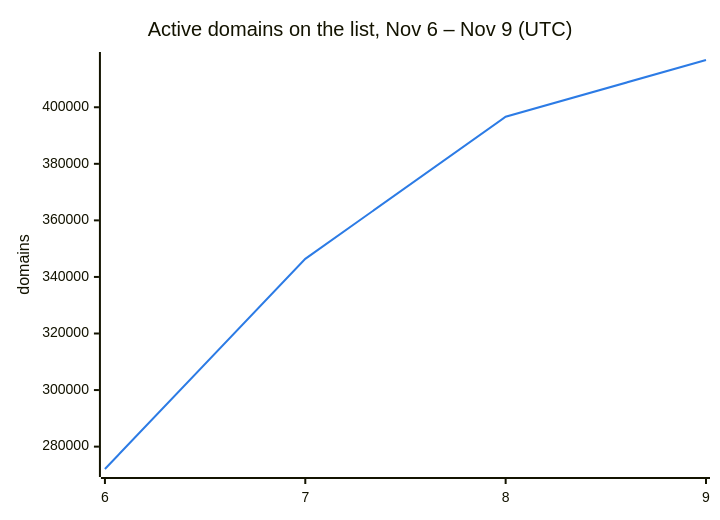
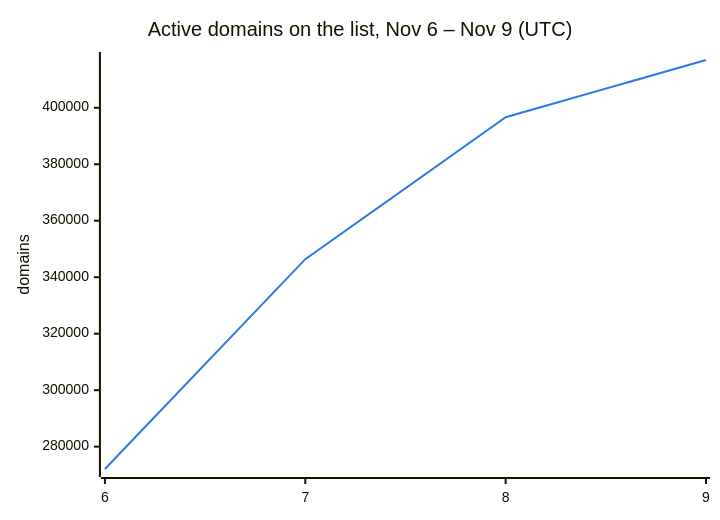
The second of 3 diagrams in README.md (DNSBunker/CTI), drawn with Mermaid before and after one commit. The commit also changed other lines of this file and 3 other files, not shown here.

````diff
--- a/README.md
+++ b/README.md
@@ -38,8 +38,8 @@
 ```mermaid
 %%{init: {"themeVariables": {"xyChart": {"plotColorPalette": "#2c7be5"}}}}%%
 xychart-beta
     title "Active domains on the list, Nov 6 – Nov 9 (UTC)"
     x-axis ["6", "7", "8", "9"]
     y-axis "domains"
-    line [272088, 346388, 396638, 416708]
+    line [272088, 346388, 396638, 416916]
 ```
````
